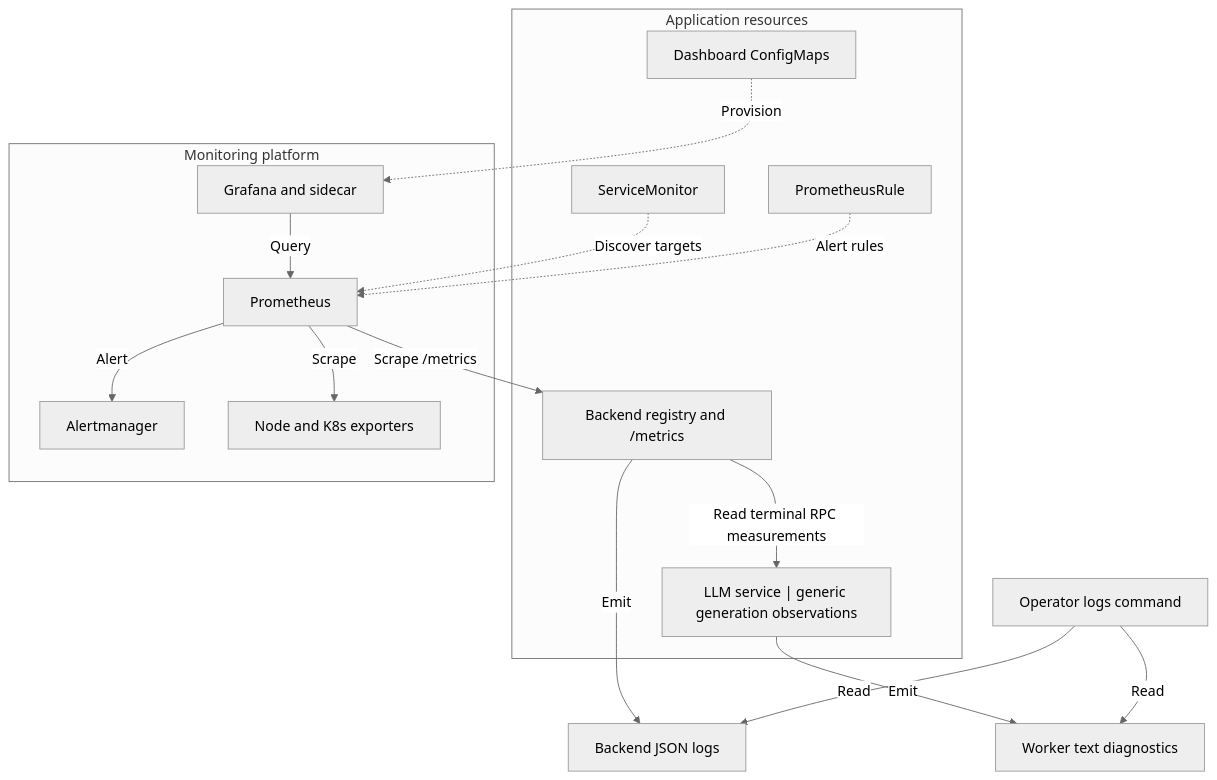
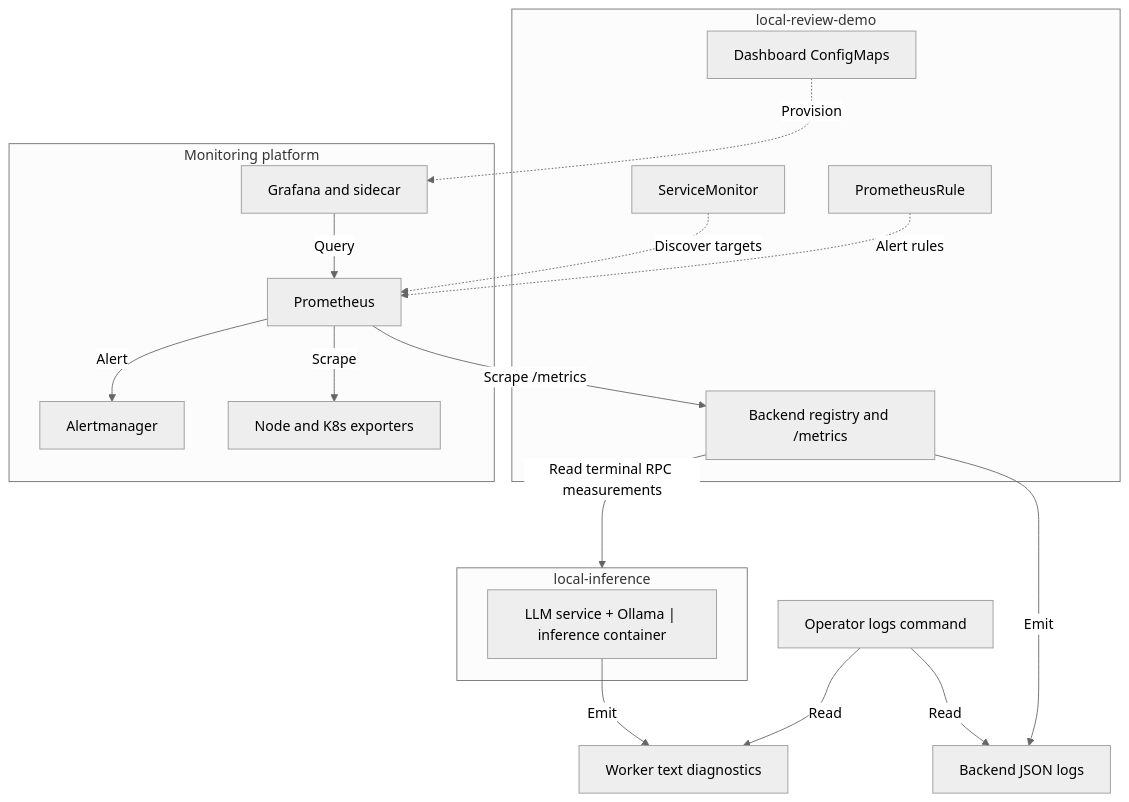
The diagram in docs/reference/observability.md (GodfreyLyu/LocalQwenDemo), drawn with Mermaid (neutral theme) before and after one commit. The commit also changed other lines of this file and 35 other files, not shown here.

````diff
--- a/docs/reference/observability.md
+++ b/docs/reference/observability.md
@@ -20,33 +21,35 @@
 ```mermaid
 flowchart TB
     accTitle: Optional local monitoring and application log flow
     accDescr: The application Chart supplies ServiceMonitor, alert rules and dashboard ConfigMaps. The backend imports section measurements from terminal Thrift snapshots. Terraform's Prometheus scrapes the backend and cluster exporters; Grafana queries it and Alertmanager receives alerts. Operators read backend JSON logs and worker text logs separately.
-    subgraph application["Application resources"]
+    subgraph application["local-review-demo"]
         backend["Backend registry and /metrics"]
-        worker["LLM service | generic generation observations"]
         monitor["ServiceMonitor"]
         rules["PrometheusRule"]
         dashboards["Dashboard ConfigMaps"]
+    end
+    subgraph inference["local-inference"]
+        worker["LLM service + Ollama | inference container"]
     end
     subgraph platform["Monitoring platform"]
         prometheus["Prometheus"]
         grafana["Grafana and sidecar"]
         alerts["Alertmanager"]
         exporters["Node and K8s exporters"]
     end
     logs["Backend JSON logs"]
     workerLogs["Worker text diagnostics"]
     operator["Operator logs command"]
     monitor -.->|"Discover targets"| prometheus
     rules -.->|"Alert rules"| prometheus
     dashboards -.->|"Provision"| grafana
     prometheus -->|"Scrape /metrics"| backend
     prometheus -->|"Scrape"| exporters
     grafana -->|"Query"| prometheus
     prometheus -->|"Alert"| alerts
     backend -->|"Emit"| logs
-    backend -->|"Read terminal RPC measurements"| worker
+    backend -->|"Read terminal RPC measurements"| inference
     worker -->|"Emit"| workerLogs
     operator -->|"Read"| logs
     operator -->|"Read"| workerLogs
 ```
````
